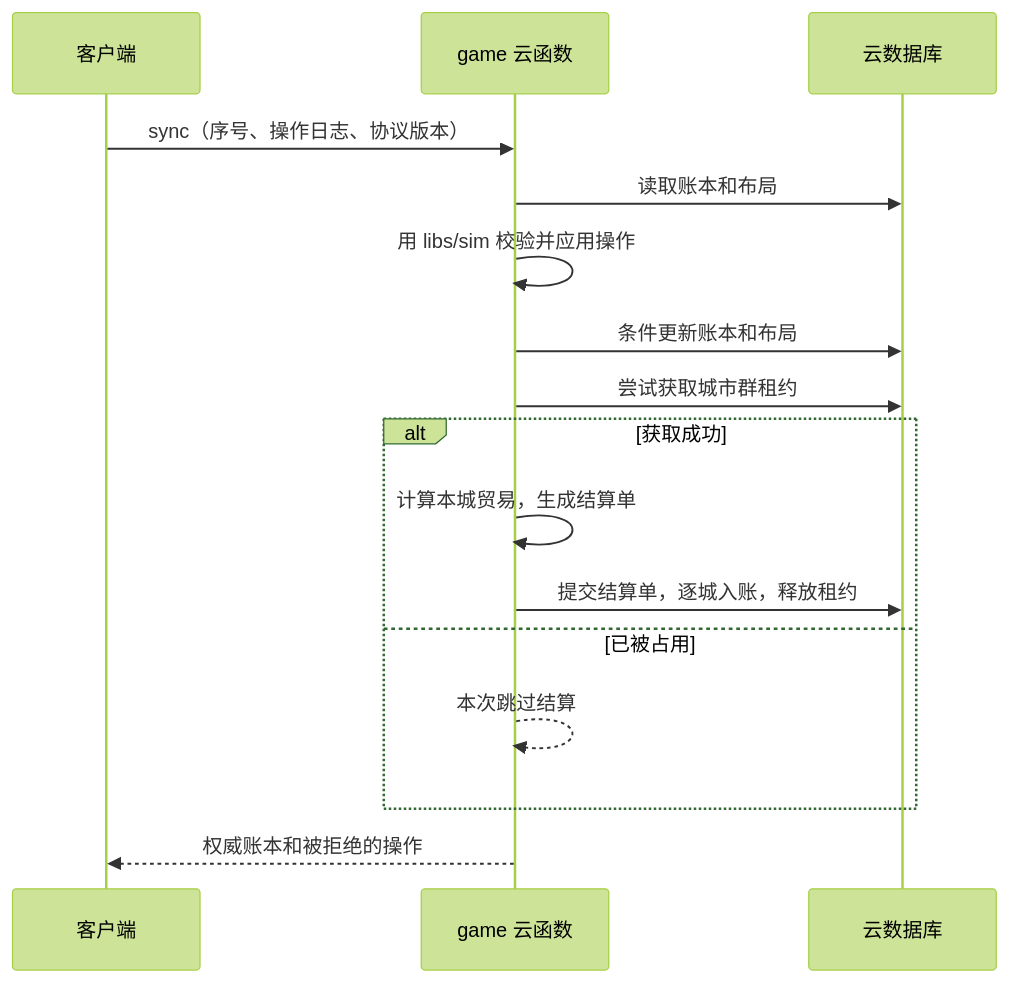
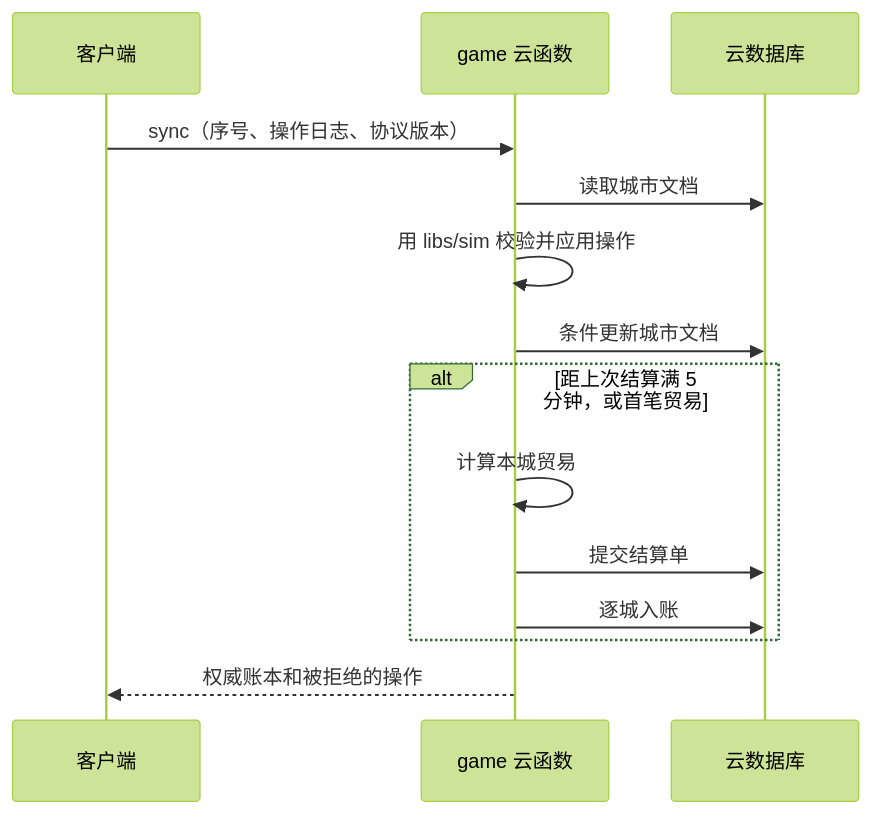
Before and after one commit to juanchaopan/city-link: the fourth of 6 diagrams in docs/architecture/overview.md, drawn with Mermaid (forest theme). The commit also changed other lines of this file and 17 other files, not shown here.

Commit message:
docs(architecture): 落实三项探针结论并接受河网方案

````diff
--- a/docs/architecture/overview.md
+++ b/docs/architecture/overview.md
@@ -114,18 +114,16 @@
 ```mermaid
 sequenceDiagram
   participant C as 客户端
   participant G as game 云函数
   participant D as 云数据库
   C->>G: sync（序号、操作日志、协议版本）
-  G->>D: 读取账本和布局
+  G->>D: 读取城市文档
   G->>G: 用 libs/sim 校验并应用操作
-  G->>D: 条件更新账本和布局
-  G->>D: 尝试获取城市群租约
-  alt 获取成功
-    G->>G: 计算本城贸易，生成结算单
-    G->>D: 提交结算单，逐城入账，释放租约
-  else 已被占用
-    G-->>G: 本次跳过结算
+  G->>D: 条件更新城市文档
+  alt 距上次结算满 5 分钟，或首笔贸易
+    G->>G: 计算本城贸易
+    G->>D: 提交结算单
+    G->>D: 逐城入账
   end
   G-->>C: 权威账本和被拒绝的操作
 ```
````
